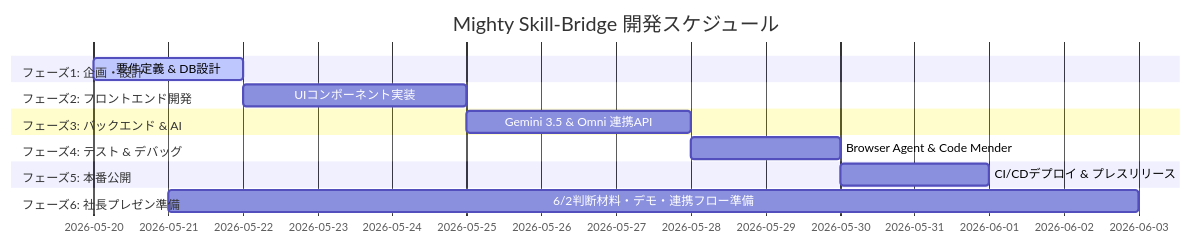
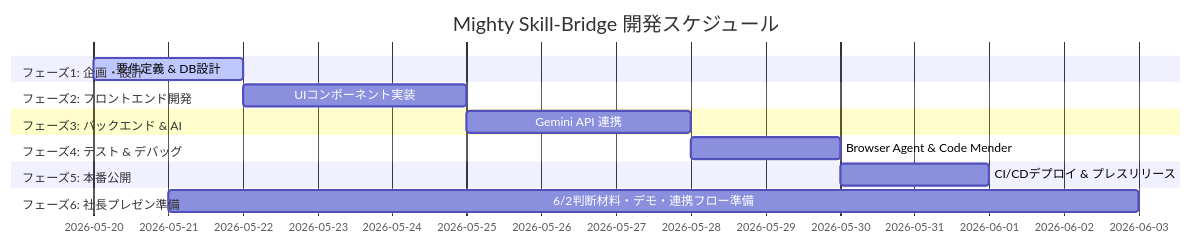
Before and after one commit to kanta13jp1/mighty-link-ai-connect: the diagram in docs/WBS.md, drawn with Mermaid. The commit also changed other lines of this file and 42 other files, not shown here.

````diff
--- a/docs/WBS.md
+++ b/docs/WBS.md
@@ -12,17 +12,17 @@
 ```mermaid
 gantt
     title Mighty Skill-Bridge 開発スケジュール
     dateFormat  YYYY-MM-DD
     section フェーズ1: 企画・設計
     要件定義 & DB設計          :active, a1, 2026-05-20, 2d
     section フェーズ2: フロントエンド開発
     UIコンポーネント実装        : b1, after a1, 3d
     section フェーズ3: バックエンド & AI
-    Gemini 3.5 & Omni 連携API : c1, after b1, 3d
+    Gemini API 連携 : c1, after b1, 3d
     section フェーズ4: テスト & デバッグ
     Browser Agent & Code Mender: d1, after c1, 2d
     section フェーズ5: 本番公開
     CI/CDデプロイ & プレスリリース: e1, after d1, 2d
     section フェーズ6: 社長プレゼン準備
     6/2判断材料・デモ・連携フロー準備: f1, 2026-05-21, 13d
 ```
````
